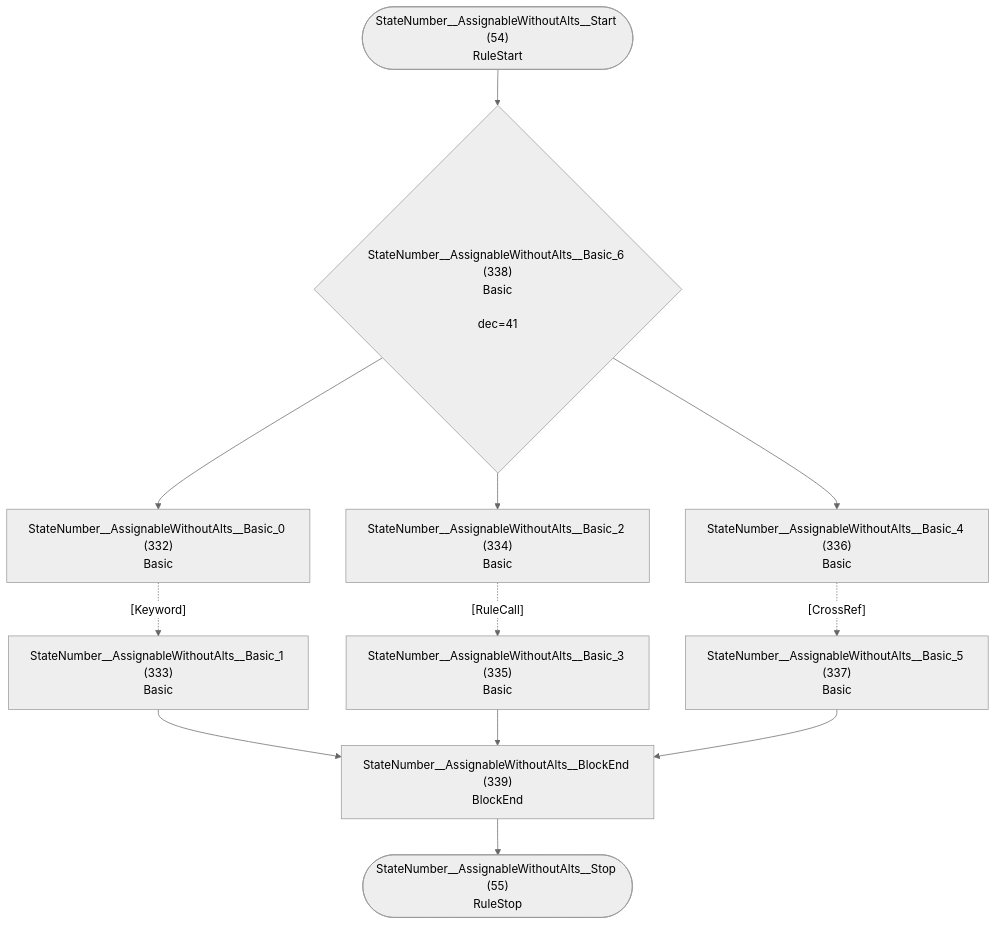
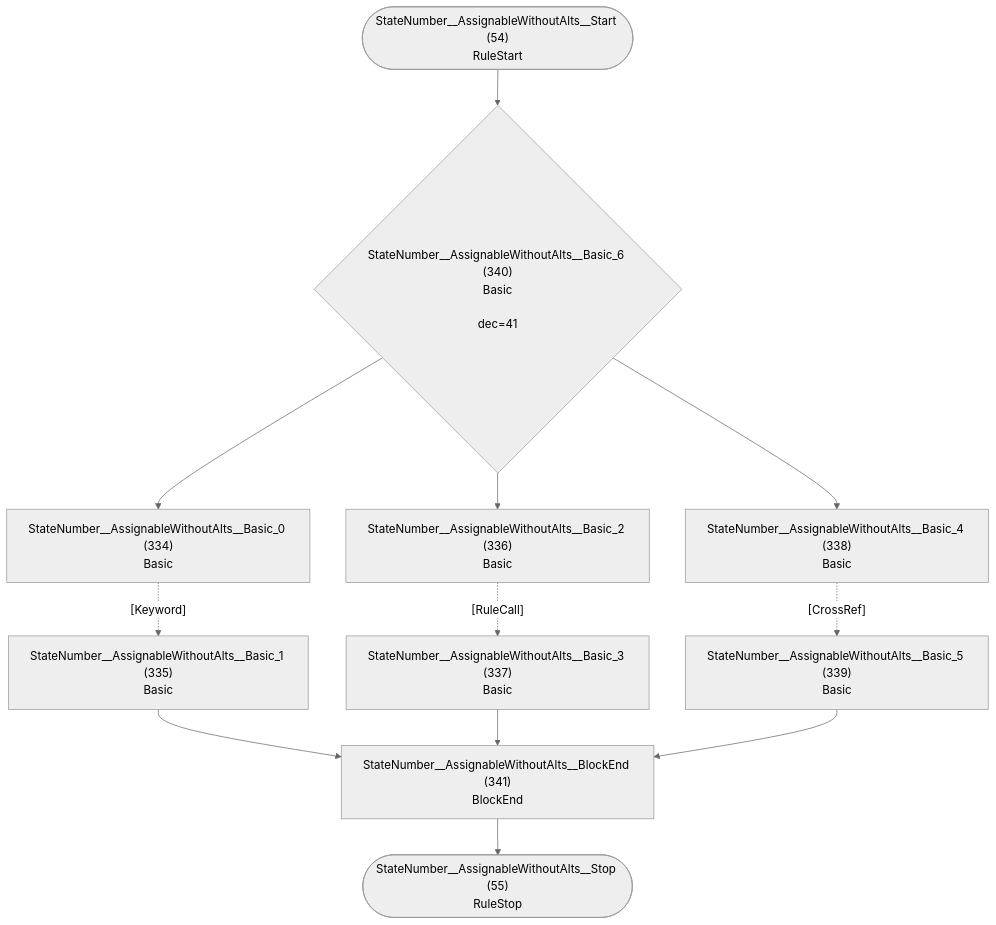
Before and after one commit to TypeFox/fastbelt: diagram 28 of 36 in internal/grammar/atn.md, drawn with Mermaid (neutral theme). The commit also changed other lines of this file and 11 other files, not shown here.

````diff
--- a/internal/grammar/atn.md
+++ b/internal/grammar/atn.md
@@ -853,25 +857,25 @@
 ```mermaid
 flowchart TD
     q54(["StateNumber__AssignableWithoutAlts__Start (54)<br/>RuleStart"])
     q55(["StateNumber__AssignableWithoutAlts__Stop (55)<br/>RuleStop"])
-    q332["StateNumber__AssignableWithoutAlts__Basic_0 (332)<br/>Basic<br/>"]
-    q333["StateNumber__AssignableWithoutAlts__Basic_1 (333)<br/>Basic<br/>"]
-    q334["StateNumber__AssignableWithoutAlts__Basic_2 (334)<br/>Basic<br/>"]
-    q335["StateNumber__AssignableWithoutAlts__Basic_3 (335)<br/>Basic<br/>"]
-    q336["StateNumber__AssignableWithoutAlts__Basic_4 (336)<br/>Basic<br/>"]
-    q337["StateNumber__AssignableWithoutAlts__Basic_5 (337)<br/>Basic<br/>"]
-    q338{"StateNumber__AssignableWithoutAlts__Basic_6 (338)<br/>Basic<br/><br/>dec=41"}
-    q339["StateNumber__AssignableWithoutAlts__BlockEnd (339)<br/>BlockEnd<br/>"]
+    q334["StateNumber__AssignableWithoutAlts__Basic_0 (334)<br/>Basic<br/>"]
+    q335["StateNumber__AssignableWithoutAlts__Basic_1 (335)<br/>Basic<br/>"]
+    q336["StateNumber__AssignableWithoutAlts__Basic_2 (336)<br/>Basic<br/>"]
+    q337["StateNumber__AssignableWithoutAlts__Basic_3 (337)<br/>Basic<br/>"]
+    q338["StateNumber__AssignableWithoutAlts__Basic_4 (338)<br/>Basic<br/>"]
+    q339["StateNumber__AssignableWithoutAlts__Basic_5 (339)<br/>Basic<br/>"]
+    q340{"StateNumber__AssignableWithoutAlts__Basic_6 (340)<br/>Basic<br/><br/>dec=41"}
+    q341["StateNumber__AssignableWithoutAlts__BlockEnd (341)<br/>BlockEnd<br/>"]
 
-    q54 --> q338
-    q332 -.->|"[Keyword]"| q333
-    q333 --> q339
-    q334 -.->|"[RuleCall]"| q335
-    q335 --> q339
-    q336 -.->|"[CrossRef]"| q337
-    q337 --> q339
-    q338 --> q332
-    q338 --> q334
-    q338 --> q336
-    q339 --> q55
+    q54 --> q340
+    q334 -.->|"[Keyword]"| q335
+    q335 --> q341
+    q336 -.->|"[RuleCall]"| q337
+    q337 --> q341
+    q338 -.->|"[CrossRef]"| q339
+    q339 --> q341
+    q340 --> q334
+    q340 --> q336
+    q340 --> q338
+    q341 --> q55
 ```
````
